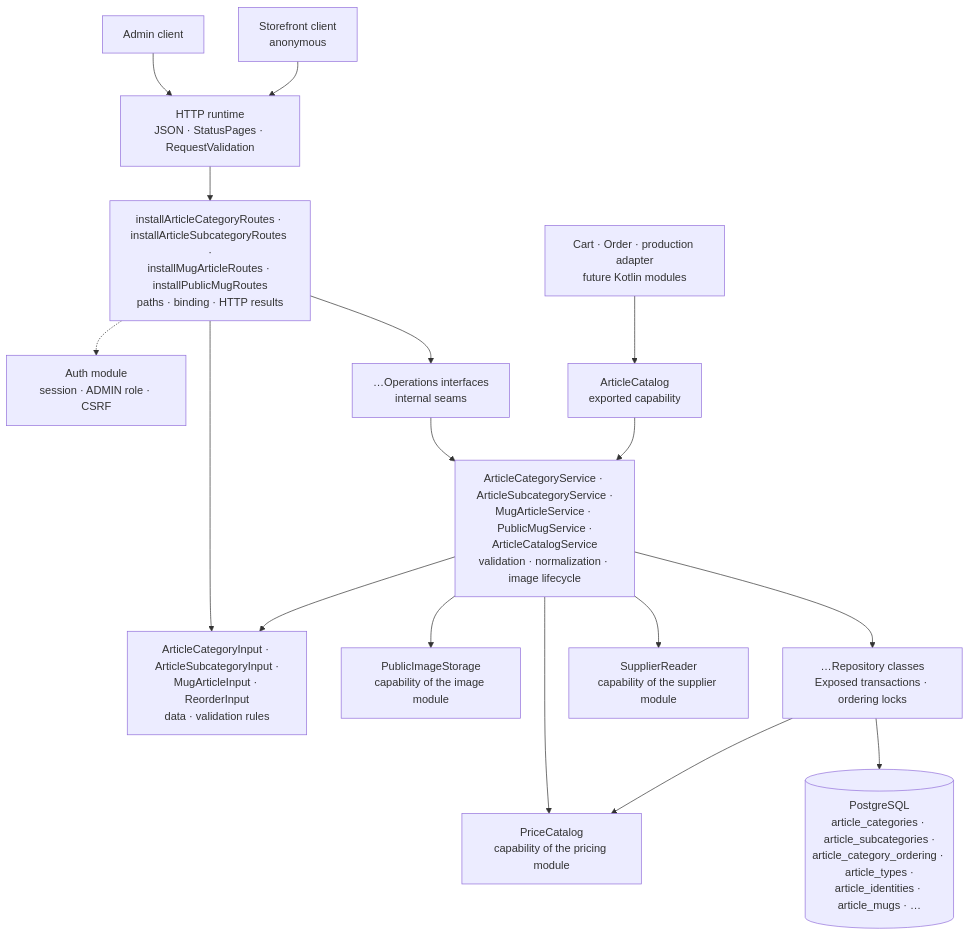
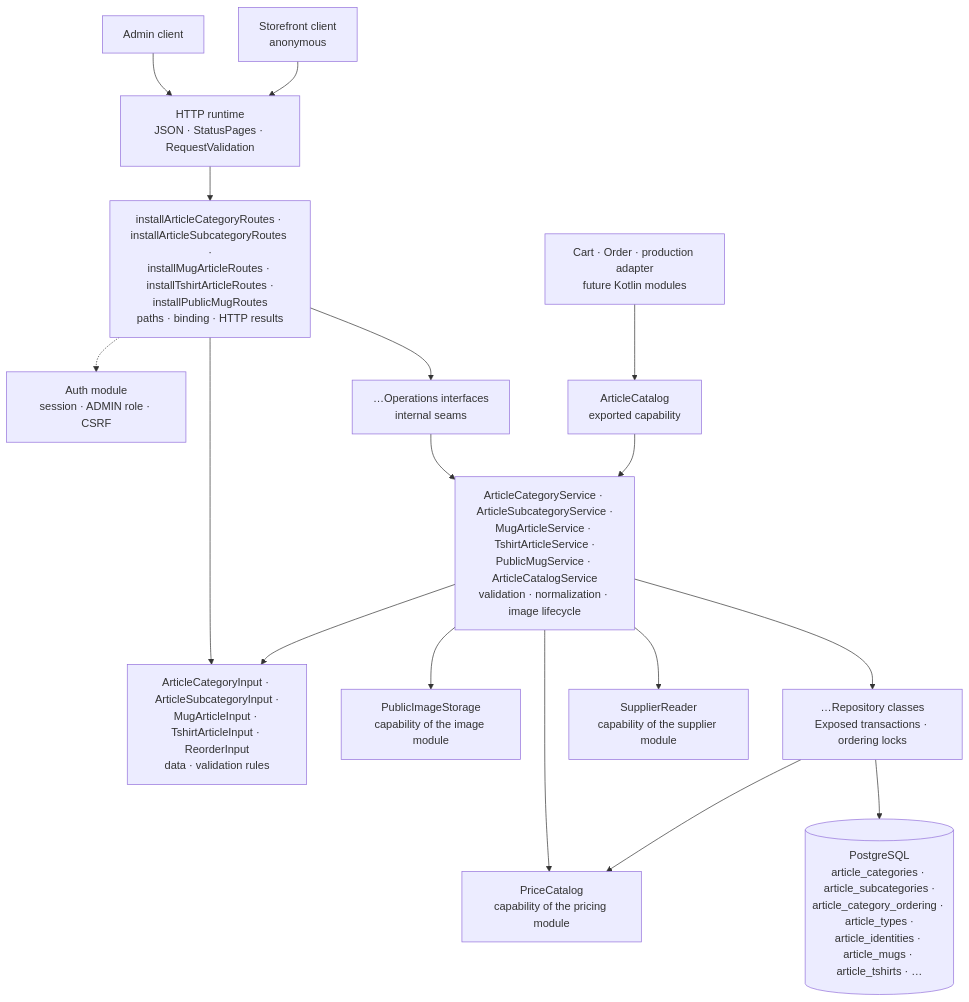
One commit to bitstorm-tech/voenix-shop-kotlin changed the diagram in docs/dev/backend/article-package.md. Above: the diagram before and after it, drawn with Mermaid. The commit also changed other lines of this file and 16 other files, not shown here.

````diff
--- a/docs/dev/backend/article-package.md
+++ b/docs/dev/backend/article-package.md
@@ -54,33 +58,33 @@
 ```mermaid
 flowchart TB
     Client["Admin client"]
     Shop["Storefront client<br/>anonymous"]
     Http["HTTP runtime<br/>JSON · StatusPages · RequestValidation"]
     Auth["Auth module<br/>session · ADMIN role · CSRF"]
-    Routes["installArticleCategoryRoutes · installArticleSubcategoryRoutes ·<br/>installMugArticleRoutes · installPublicMugRoutes<br/>paths · binding · HTTP results"]
-    Input["ArticleCategoryInput · ArticleSubcategoryInput ·<br/>MugArticleInput · ReorderInput<br/>data · validation rules"]
+    Routes["installArticleCategoryRoutes · installArticleSubcategoryRoutes ·<br/>installMugArticleRoutes · installTshirtArticleRoutes ·<br/>installPublicMugRoutes<br/>paths · binding · HTTP results"]
+    Input["ArticleCategoryInput · ArticleSubcategoryInput ·<br/>MugArticleInput · TshirtArticleInput · ReorderInput<br/>data · validation rules"]
     Operations["…Operations interfaces<br/>internal seams"]
     Consumer["Cart · Order · production adapter<br/>future Kotlin modules"]
     Catalog["ArticleCatalog<br/>exported capability"]
-    Service["ArticleCategoryService · ArticleSubcategoryService ·<br/>MugArticleService · PublicMugService ·<br/>ArticleCatalogService<br/>validation · normalization · image lifecycle"]
+    Service["ArticleCategoryService · ArticleSubcategoryService ·<br/>MugArticleService · TshirtArticleService ·<br/>PublicMugService · ArticleCatalogService<br/>validation · normalization · image lifecycle"]
     Images["PublicImageStorage<br/>capability of the image module"]
     Prices["PriceCatalog<br/>capability of the pricing module"]
     Suppliers["SupplierReader<br/>capability of the supplier module"]
     Repository["…Repository classes<br/>Exposed transactions · ordering locks"]
-    Database[("PostgreSQL<br/>article_categories · article_subcategories ·<br/>article_category_ordering · article_types ·<br/>article_identities · article_mugs · …")]
+    Database[("PostgreSQL<br/>article_categories · article_subcategories ·<br/>article_category_ordering · article_types ·<br/>article_identities · article_mugs · article_tshirts · …")]
 
     Client --> Http --> Routes
     Shop --> Http
     Consumer --> Catalog --> Service
     Routes -.-> Auth
     Routes --> Input
     Routes --> Operations
     Operations --> Service
     Service --> Input
     Service --> Images
     Service --> Prices
     Service --> Suppliers
     Service --> Repository
     Repository --> Prices
     Repository --> Database
 ```
````
